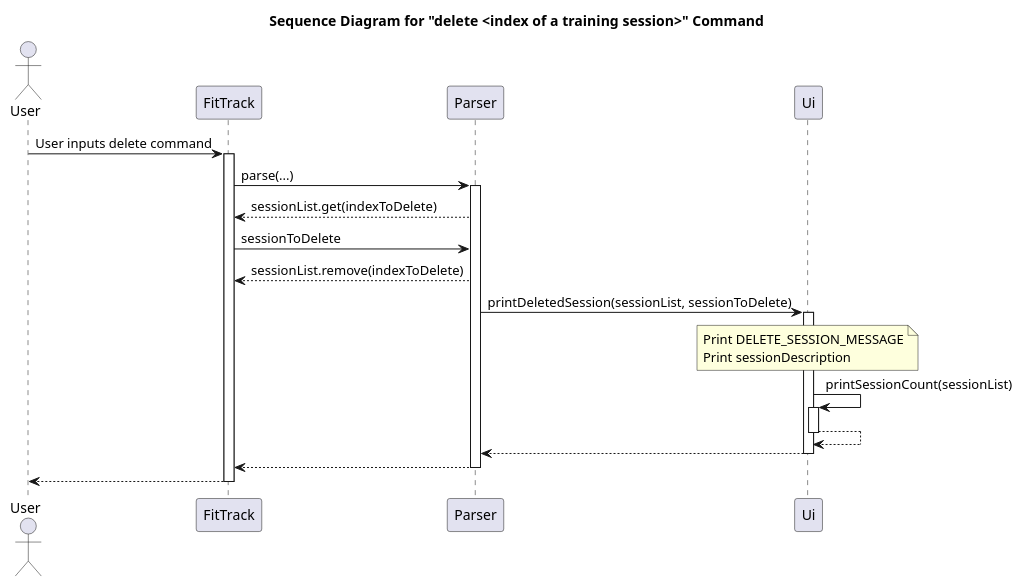
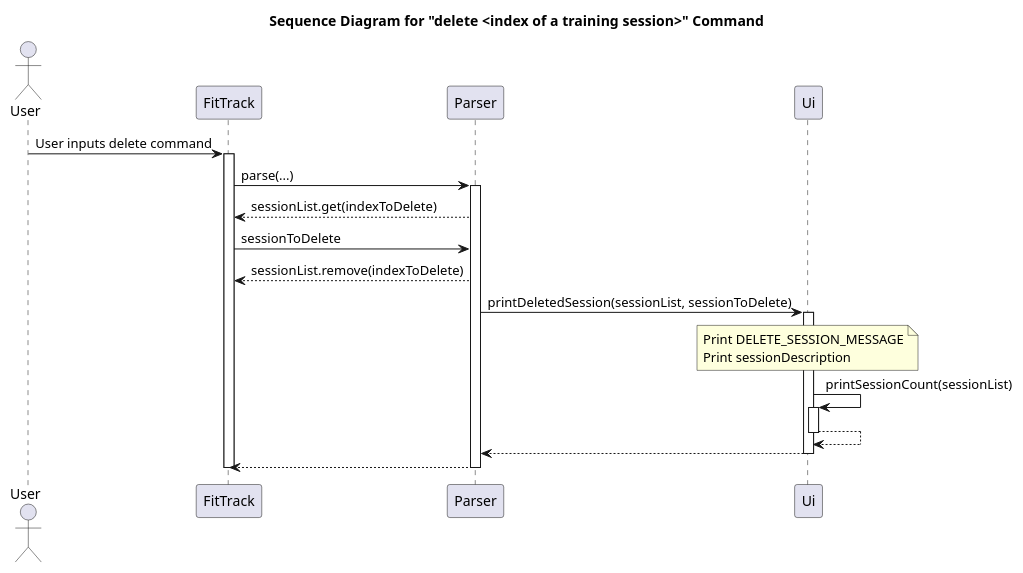
One commit to nus-cs2113-AY2425S1/tp changed the diagram in docs/Diagrams/Sequence_DeleteTrainingSession.puml. Above: the diagram before and after it, drawn with PlantUML. The commit also changed 9 other files, not shown here.

```diff
--- a/docs/Diagrams/Sequence_DeleteTrainingSession.puml
+++ b/docs/Diagrams/Sequence_DeleteTrainingSession.puml
@@ -1,38 +1,37 @@
 @startuml
 title Sequence Diagram for "delete <index of a training session>" Command
 
 actor User
 participant FitTrack
 participant Parser
 participant Ui
 
 User -> FitTrack: User inputs delete command
 activate FitTrack
 FitTrack -> Parser: parse(...)
 activate Parser
 
 Parser --> FitTrack: sessionList.get(indexToDelete)
 
 FitTrack -> Parser: sessionToDelete
 
 Parser --> FitTrack: sessionList.remove(indexToDelete)
 
 Parser -> Ui: printDeletedSession(sessionList, sessionToDelete)
 activate Ui
 
 note over Ui
     Print DELETE_SESSION_MESSAGE
     Print sessionDescription
 end note
 Ui -> Ui: printSessionCount(sessionList)
 activate Ui
 Ui --> Ui
 deactivate Ui
 Ui --> Parser
 deactivate Ui
 Parser --> FitTrack
 deactivate Parser
-FitTrack --> User
 deactivate FitTrack
 
 @enduml
```
